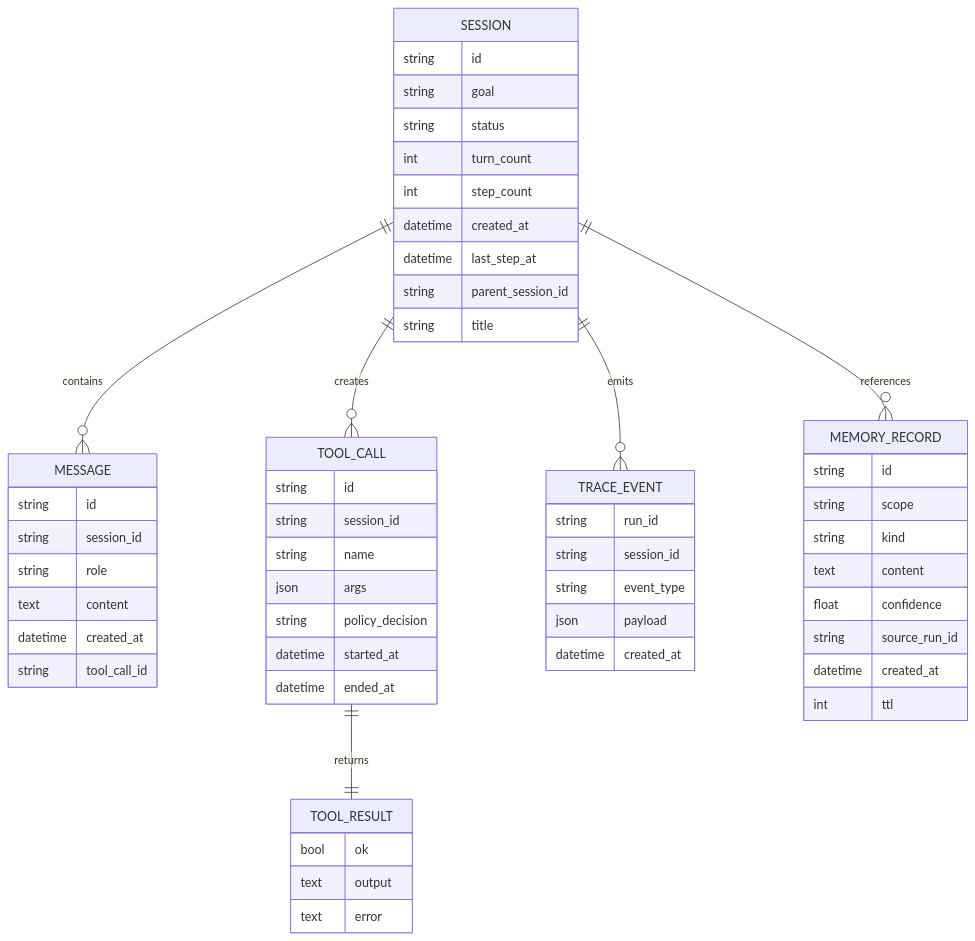
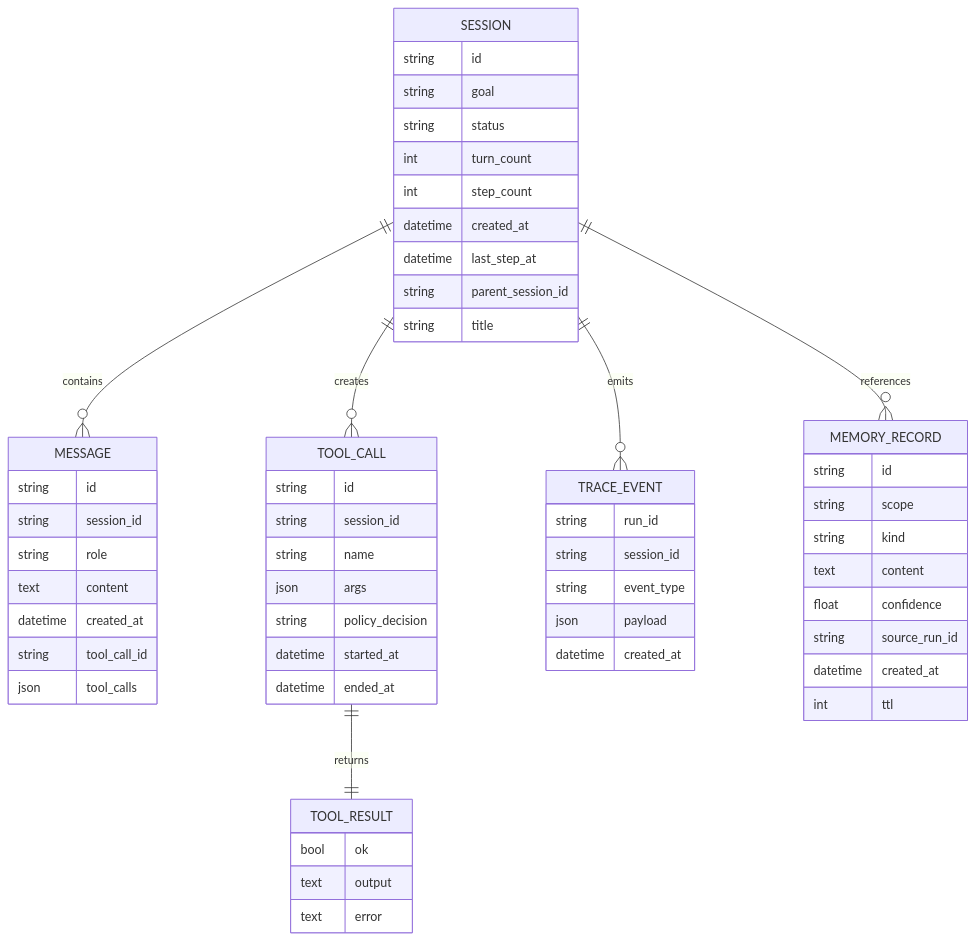
Before and after one commit to zhumengzhu/HarnessLab: the diagram in docs/architecture/data-model.md, drawn with Mermaid. The commit also changed other lines of this file and 56 other files, not shown here.

````diff
--- a/docs/architecture/data-model.md
+++ b/docs/architecture/data-model.md
@@ -10,59 +10,60 @@
 ```mermaid
 erDiagram
     SESSION ||--o{ MESSAGE : contains
     SESSION ||--o{ TOOL_CALL : creates
     SESSION ||--o{ TRACE_EVENT : emits
     TOOL_CALL ||--|| TOOL_RESULT : returns
     SESSION ||--o{ MEMORY_RECORD : references
 
     SESSION {
       string id
       string goal
       string status
       int turn_count
       int step_count
       datetime created_at
       datetime last_step_at
       string parent_session_id
       string title
     }
     MESSAGE {
       string id
       string session_id
       string role
       text content
       datetime created_at
       string tool_call_id
+      json tool_calls
     }
     TOOL_CALL {
       string id
       string session_id
       string name
       json args
       string policy_decision
       datetime started_at
       datetime ended_at
     }
     TOOL_RESULT {
       bool ok
       text output
       text error
     }
     TRACE_EVENT {
       string run_id
       string session_id
       string event_type
       json payload
       datetime created_at
     }
     MEMORY_RECORD {
       string id
       string scope
       string kind
       text content
       float confidence
       string source_run_id
       datetime created_at
       int ttl
     }
 ```
````
